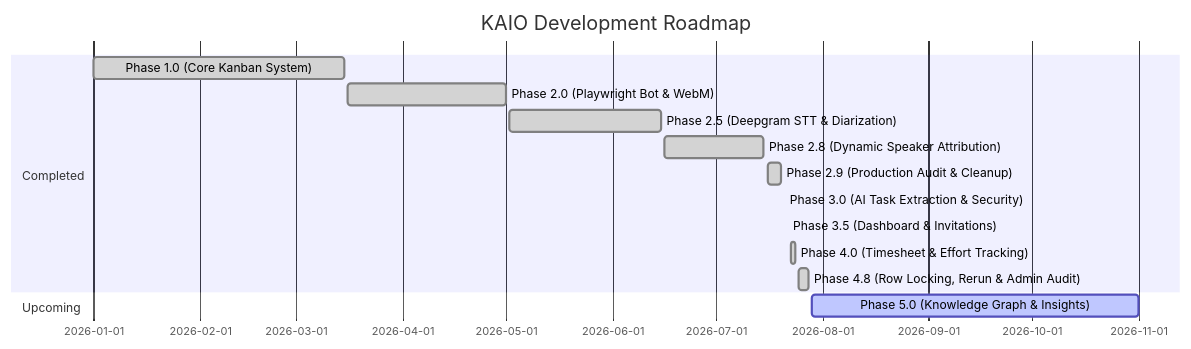
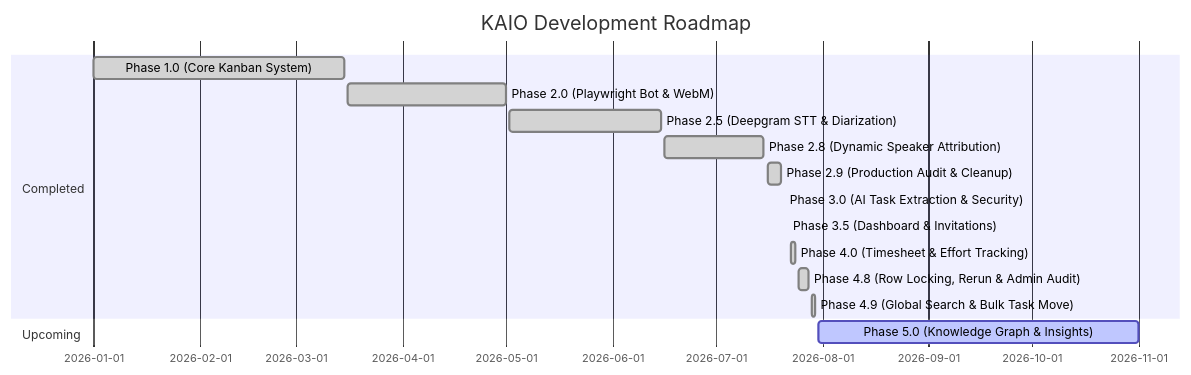
Before and after one commit to CoderArindam/kaio: the second of 2 diagrams in docs/01_PROJECT_OVERVIEW.md, drawn with Mermaid. The commit also changed other lines of this file and 10 other files, not shown here.

Commit message:
docs: updated comprehensive project documentation and technical architecture references

````diff
--- a/docs/01_PROJECT_OVERVIEW.md
+++ b/docs/01_PROJECT_OVERVIEW.md
@@ -127,17 +133,18 @@
 ```mermaid
 gantt
     title KAIO Development Roadmap
     dateFormat  YYYY-MM-DD
     section Completed
     Phase 1.0 (Core Kanban System)           :done,    p1, 2026-01-01, 2026-03-15
     Phase 2.0 (Playwright Bot & WebM)        :done,    p2, 2026-03-16, 2026-05-01
     Phase 2.5 (Deepgram STT & Diarization)   :done,    p3, 2026-05-02, 2026-06-15
     Phase 2.8 (Dynamic Speaker Attribution)  :done,    p4, 2026-06-16, 2026-07-15
     Phase 2.9 (Production Audit & Cleanup)   :done,    p5, 2026-07-16, 2026-07-20
     Phase 3.0 (AI Task Extraction & Security):done,    p6, 2026-07-21, 2026-07-21
     Phase 3.5 (Dashboard & Invitations)      :done,    p7, 2026-07-22, 2026-07-22
     Phase 4.0 (Timesheet & Effort Tracking)  :done,    p8, 2026-07-23, 2026-07-24
     Phase 4.8 (Row Locking, Rerun & Admin Audit):done,  p85, 2026-07-25, 2026-07-28
+    Phase 4.9 (Global Search & Bulk Task Move) :done,  p89, 2026-07-29, 2026-07-30
     section Upcoming
-    Phase 5.0 (Knowledge Graph & Insights)   :active,  p9, 2026-07-29, 2026-11-01
+    Phase 5.0 (Knowledge Graph & Insights)   :active,  p9, 2026-07-31, 2026-11-01
 ```
````
